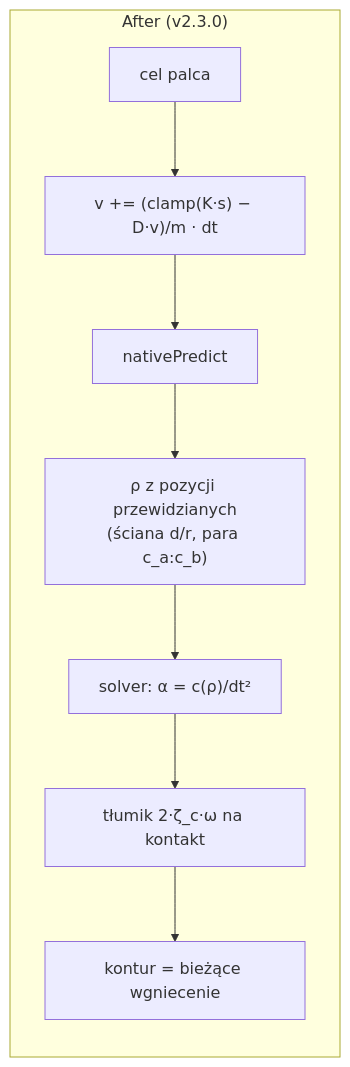
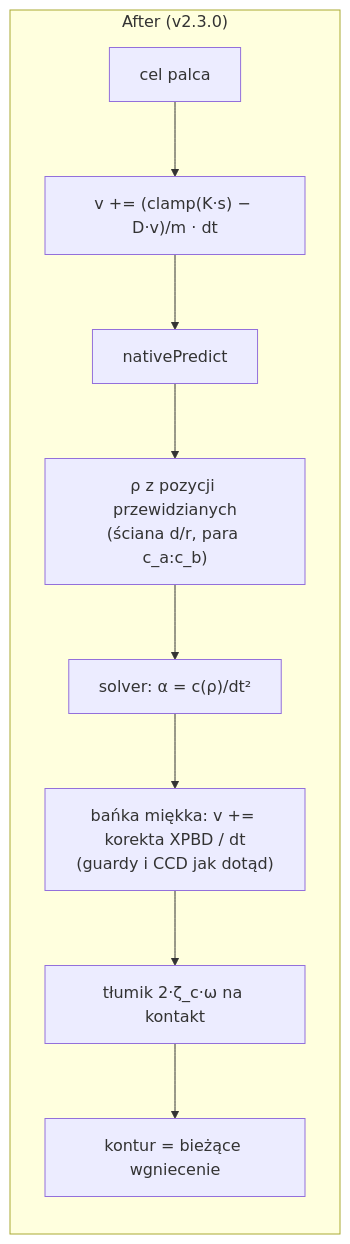
The second of 3 diagrams in docs/sdlc/changes/2026-11-19-engine-v2-3-0/change-design.md (MariuszAdamowicz/BubblePhysics), drawn with Mermaid before and after one commit. The commit also changed other lines of this file, not shown here.

````diff
--- a/docs/sdlc/changes/2026-11-19-engine-v2-3-0/change-design.md
+++ b/docs/sdlc/changes/2026-11-19-engine-v2-3-0/change-design.md
@@ -47,8 +48,8 @@
 ```mermaid
 flowchart LR
   subgraph after["After (v2.3.0)"]
     t2["cel palca"] --> f2["v += (clamp(K·s) − D·v)/m · dt"] --> p2["nativePredict"]
     p2 --> r2["ρ z pozycji przewidzianych<br/>(ściana d/r, para c_a:c_b)"] --> s2["solver: α = c(ρ)/dt²"]
-    s2 --> d2["tłumik 2·ζ_c·ω na kontakt"] --> c2["kontur = bieżące wgniecenie"]
+    s2 --> u2["bańka miękka: v += korekta XPBD / dt<br/>(guardy i CCD jak dotąd)"] --> d2["tłumik 2·ζ_c·ω na kontakt"] --> c2["kontur = bieżące wgniecenie"]
   end
 ```
````
